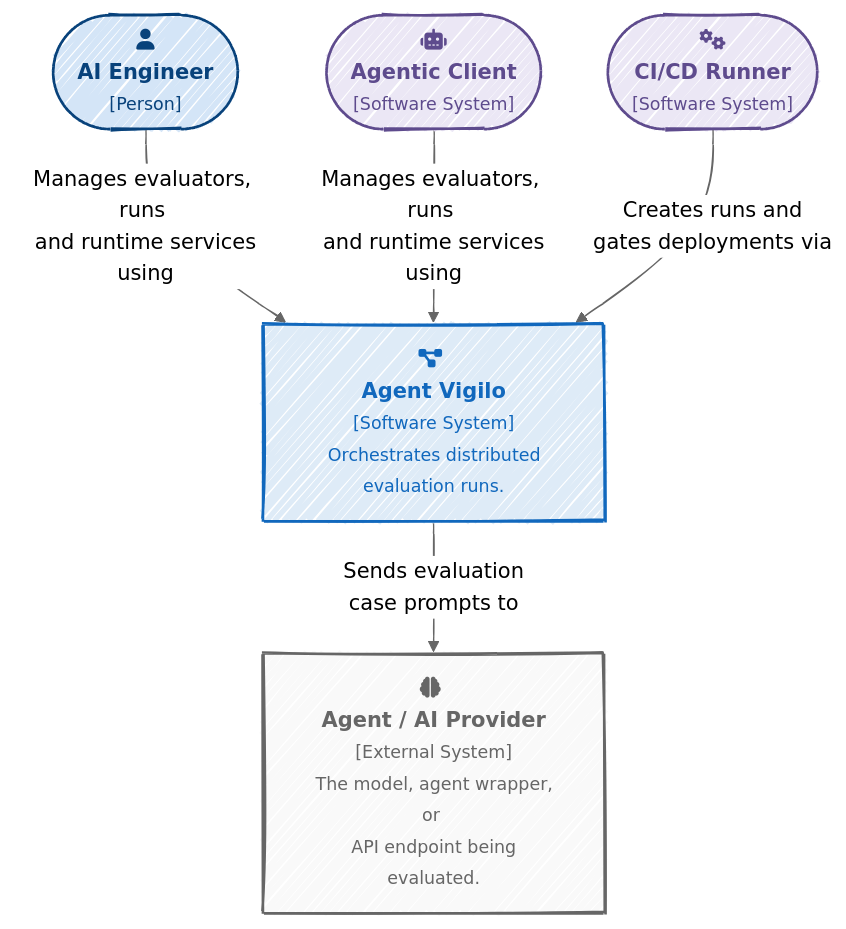
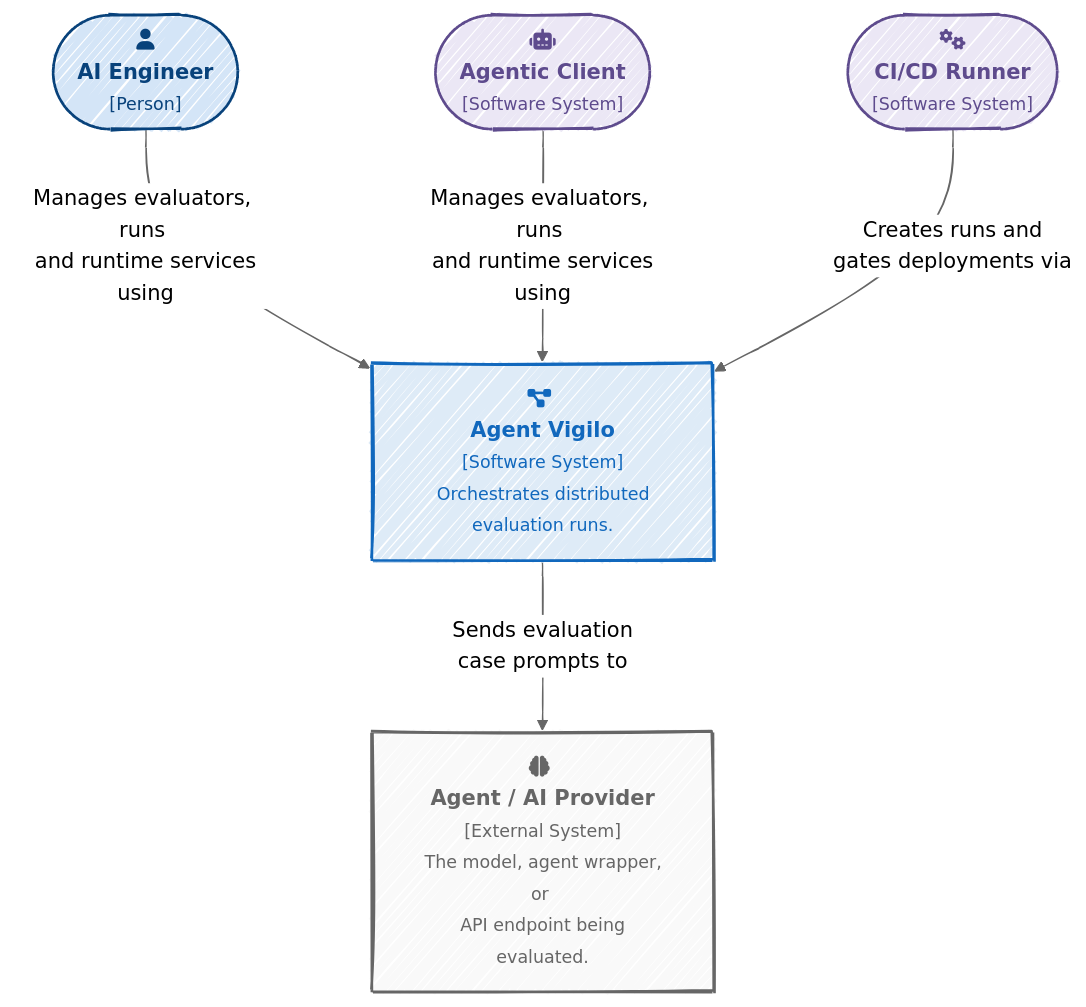
The diagram in web/docs/architecture/structure/context/diagram.mmd (gregl83/agent-vigilo), drawn with Mermaid before and after one commit. The commit also changed 12 other files, not shown here.

```diff
--- a/web/docs/architecture/structure/context/diagram.mmd
+++ b/web/docs/architecture/structure/context/diagram.mmd
@@ -1,27 +1,33 @@
 ---
 config:
   theme: neutral
   look: handDrawn
+  flowchart:
+    nodeSpacing: 150
+    rankSpacing: 80
 ---
 flowchart TD
     %% styles
     classDef actor fill:#ebe7f5,color:#5e4b8d,stroke:#5e4b8d,stroke-width:2px
     classDef person fill:#d4e5f7,color:#08427b,stroke:#08427b,stroke-width:2px
     classDef system fill:#deebf7,color:#1168bd,stroke:#1168bd,stroke-width:2px
     classDef external fill:#f9f9f9,color:#666,stroke:#666,stroke-width:2px
 
     %% actors
     User(["fa:fa-user <br/> <b>AI Engineer</b> <br/> <small>[Person]</small>"]):::person
     AgentClient(["fa:fa-robot <br/> <b>Agentic Client</b> <br/> <small>[Software System]</small>"]):::actor
     CICD(["fa:fa-gears <br/> <b>CI/CD Runner</b> <br/> <small>[Software System]</small>"]):::actor
 
     %% main system
     AgentVigilo["fa:fa-diagram-project <br/> <b>Agent Vigilo</b> <br/> <small>[Software System]</small> <br/> <small>Orchestrates distributed evaluation runs.</small>"]:::system
 
     %% external target
     TargetAgent["fa:fa-brain <br/> <b>Agent / AI Provider</b> <br/> <small>[External System]</small> <br/> <small>The model, agent wrapper, or <br/> API endpoint being evaluated.</small>"]:::external
 
     %% edges
     User & AgentClient -->|"Manages evaluators, runs <br/> and runtime services using"| AgentVigilo
     CICD -->|Creates runs and <br/> gates deployments via| AgentVigilo
     AgentVigilo -->|Sends evaluation <br/> case prompts to| TargetAgent
+
+    %% links
+    click AgentVigilo "/docs/architecture/structure/containers/agent-vigilo" "Agent Vigilo Containers"
```
